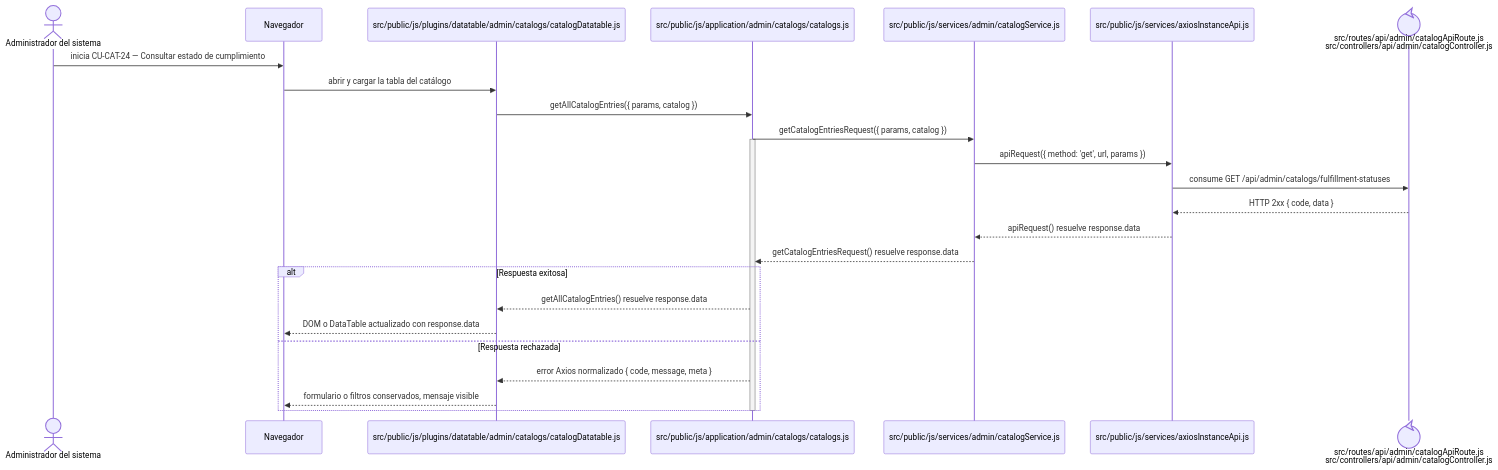
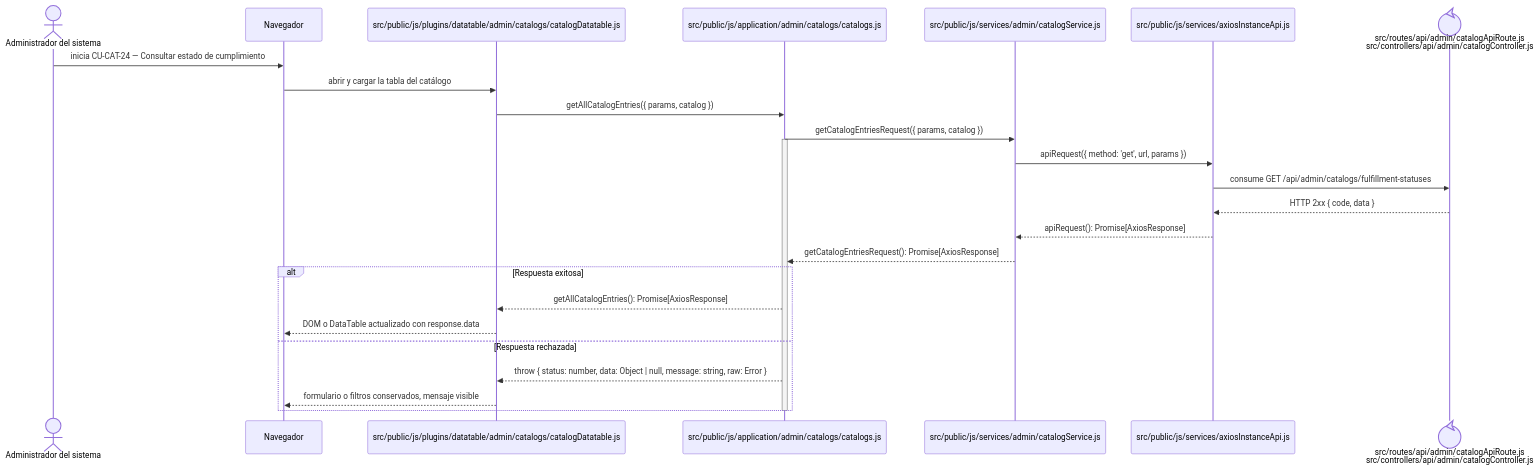
The diagram in docs/architecture/frontend-code-sequences/catalogs/cu-cat-24.md (gpgsistemas01/nexus), drawn with Mermaid before and after one commit. The commit also changed 146 other files, not shown here.

````diff
--- a/docs/architecture/frontend-code-sequences/catalogs/cu-cat-24.md
+++ b/docs/architecture/frontend-code-sequences/catalogs/cu-cat-24.md
@@ -6,29 +6,29 @@
 ```mermaid
 sequenceDiagram
     actor Initiator as Administrador del sistema
     participant Browser as Navegador
     participant View as src/public/js/plugins/datatable/admin/catalogs/catalogDatatable.js
     participant Application as src/public/js/application/admin/catalogs/catalogs.js
     participant Request as src/public/js/services/admin/catalogService.js
     participant HTTP as src/public/js/services/axiosInstanceApi.js
     participant Transport@{ "type": "control" } as src/routes/api/admin/catalogApiRoute.js<br/>src/controllers/api/admin/catalogController.js
 
     Initiator->>Browser: inicia CU-CAT-24 — Consultar estado de cumplimiento
     Browser->>View: abrir y cargar la tabla del catálogo
     View->>Application: getAllCatalogEntries({ params, catalog })
     Application->>Request: getCatalogEntriesRequest({ params, catalog })
     activate Application
     Request->>HTTP: apiRequest({ method: 'get', url, params })
     HTTP->>Transport: consume GET /api/admin/catalogs/fulfillment-statuses
     Transport-->>HTTP: HTTP 2xx { code, data }
-    HTTP-->>Request: apiRequest() resuelve response.data
-    Request-->>Application: getCatalogEntriesRequest() resuelve response.data
+    HTTP-->>Request: apiRequest(): Promise[AxiosResponse]
+    Request-->>Application: getCatalogEntriesRequest(): Promise[AxiosResponse]
     alt Respuesta exitosa
-        Application-->>View: getAllCatalogEntries() resuelve response.data
+        Application-->>View: getAllCatalogEntries(): Promise[AxiosResponse]
         View-->>Browser: DOM o DataTable actualizado con response.data
     else Respuesta rechazada
-        Application-->>View: error Axios normalizado { code, message, meta }
+        Application-->>View: throw { status: number, data: Object | null, message: string, raw: Error }
         View-->>Browser: formulario o filtros conservados, mensaje visible
     end
     deactivate Application
 ```
````
